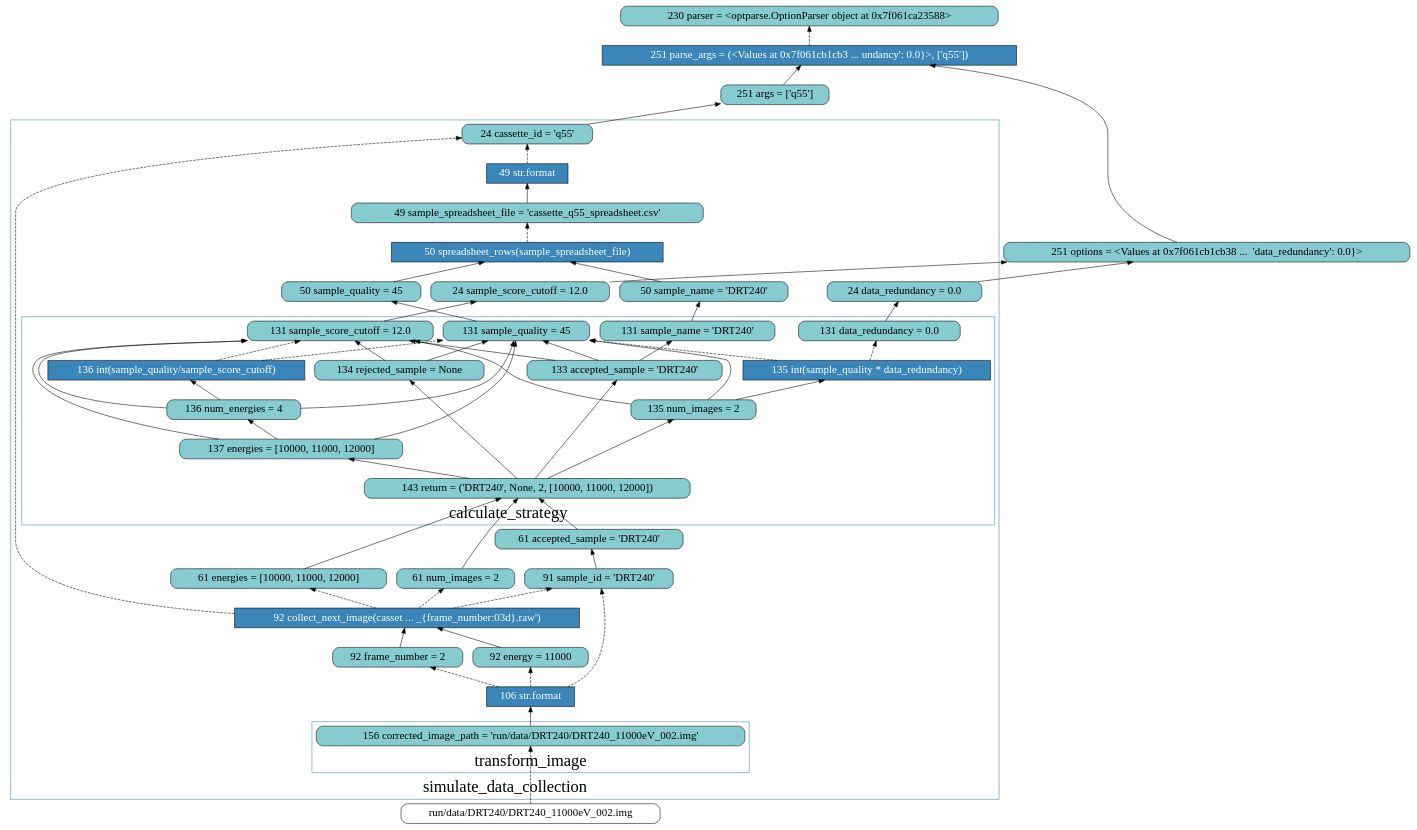
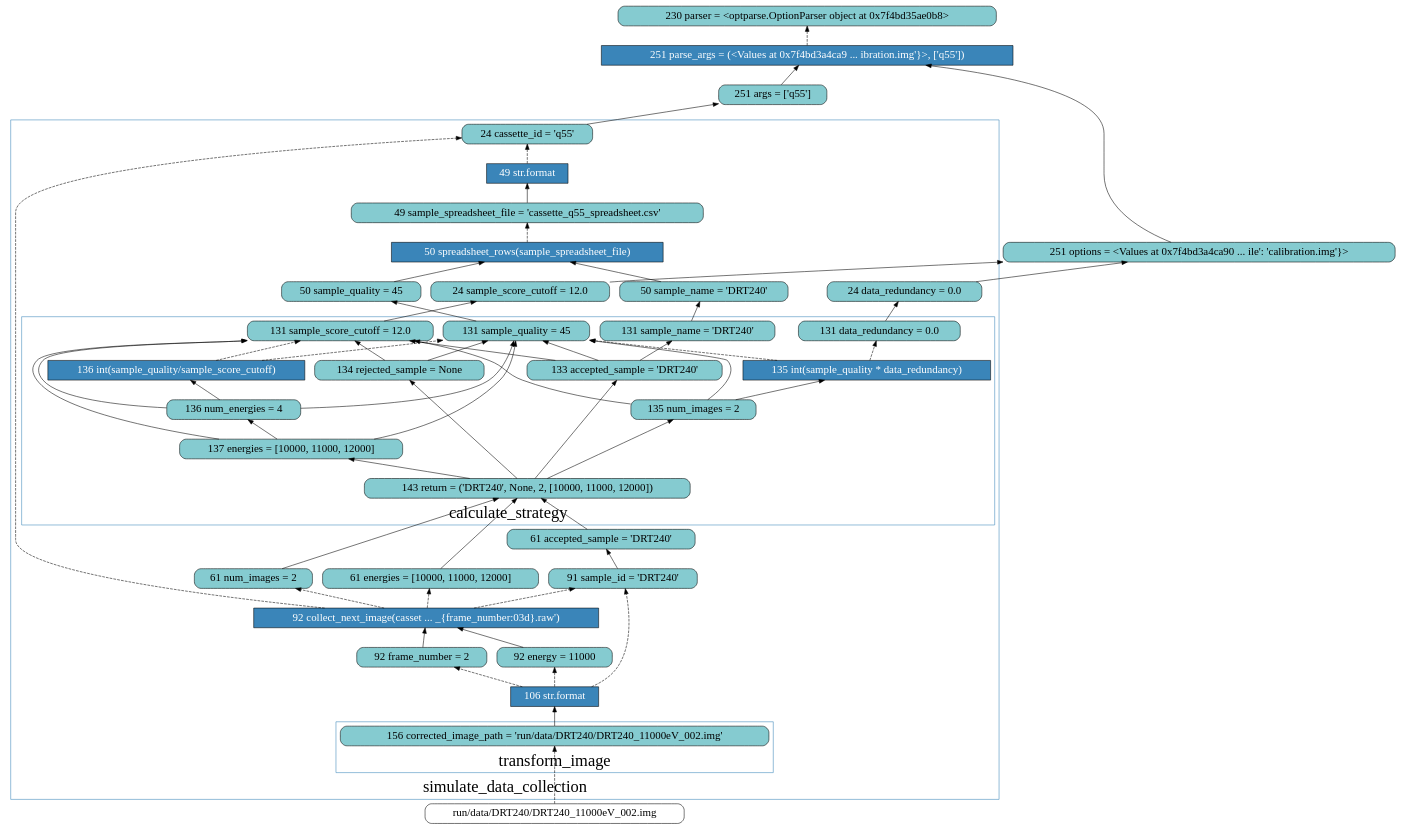
The diagram in examples/simulate_data_collection/nw_filtered_lineage_graph.gv (yesworkflow-org/yw-noworkflow), drawn with Graphviz before and after one commit. The commit also changed 26 other files, not shown here.

```diff
--- a/examples/simulate_data_collection/nw_filtered_lineage_graph.gv
+++ b/examples/simulate_data_collection/nw_filtered_lineage_graph.gv
@@ -21,10 +21,10 @@
             label = "new_image_file";
         }
     }
-    v_1_56 [label="230 parser = <optparse.OptionParser object at 0x7f061ca23588>" fillcolor="#85CBD0" fontcolor="black" shape="box" style="rounded,filled"];
-    v_1_72 [label="251 parse_args = (<Values at 0x7f061cb1cb3 ... undancy': 0.0}>, ['q55'])" fillcolor="#3A85B9" fontcolor="white" shape="box" style="filled"];
+    v_1_56 [label="230 parser = <optparse.OptionParser object at 0x7f4bd35ae0b8>" fillcolor="#85CBD0" fontcolor="black" shape="box" style="rounded,filled"];
+    v_1_72 [label="251 parse_args = (<Values at 0x7f4bd3a4ca9 ... ibration.img'}>, ['q55'])" fillcolor="#3A85B9" fontcolor="white" shape="box" style="filled"];
     v_1_73 [label="251 args = ['q55']" fillcolor="#85CBD0" fontcolor="black" shape="box" style="rounded,filled"];
-    v_1_74 [label="251 options = <Values at 0x7f061cb1cb38 ...  'data_redundancy': 0.0}>" fillcolor="#85CBD0" fontcolor="black" shape="box" style="rounded,filled"];
+    v_1_74 [label="251 options = <Values at 0x7f4bd3a4ca90 ... ile': 'calibration.img'}>" fillcolor="#85CBD0" fontcolor="black" shape="box" style="rounded,filled"];
     subgraph cluster_14  {
         color="#3A85B9";
         fontsize=30;
@@ -92,14 +92,14 @@
             v_75_369 [label="134 rejected_sample = None" fillcolor="#85CBD0" fontcolor="black" shape="box" style="rounded,filled"];
             v_75_370 [label="135 num_images = 2" fillcolor="#85CBD0" fontcolor="black" shape="box" style="rounded,filled"];
             v_75_371 [label="135 int(sample_quality * data_redundancy)" fillcolor="#3A85B9" fontcolor="white" shape="box" style="filled"];
-            v_75_373 [label="136 int(sample_quality/sample_score_cutoff)" fillcolor="#3A85B9" fontcolor="white" shape="box" style="filled"];
-            v_75_375 [label="136 num_energies = 4" fillcolor="#85CBD0" fontcolor="black" shape="box" style="rounded,filled"];
+            v_75_373 [label="136 num_energies = 4" fillcolor="#85CBD0" fontcolor="black" shape="box" style="rounded,filled"];
+            v_75_374 [label="136 int(sample_quality/sample_score_cutoff)" fillcolor="#3A85B9" fontcolor="white" shape="box" style="filled"];
             v_75_376 [label="137 energies = [10000, 11000, 12000]" fillcolor="#85CBD0" fontcolor="black" shape="box" style="rounded,filled"];
             v_75_377 [label="143 return = ('DRT240', None, 2, [10000, 11000, 12000])" fillcolor="#85CBD0" fontcolor="black" shape="box" style="rounded,filled"];
         }
-        v_14_379 [label="61 energies = [10000, 11000, 12000]" fillcolor="#85CBD0" fontcolor="black" shape="box" style="rounded,filled"];
-        v_14_380 [label="61 accepted_sample = 'DRT240'" fillcolor="#85CBD0" fontcolor="black" shape="box" style="rounded,filled"];
-        v_14_381 [label="61 num_images = 2" fillcolor="#85CBD0" fontcolor="black" shape="box" style="rounded,filled"];
+        v_14_379 [label="61 num_images = 2" fillcolor="#85CBD0" fontcolor="black" shape="box" style="rounded,filled"];
+        v_14_381 [label="61 energies = [10000, 11000, 12000]" fillcolor="#85CBD0" fontcolor="black" shape="box" style="rounded,filled"];
+        v_14_382 [label="61 accepted_sample = 'DRT240'" fillcolor="#85CBD0" fontcolor="black" shape="box" style="rounded,filled"];
         subgraph cluster_77  {
             color="#3A85B9";
             fontsize=30;
@@ -299,56 +299,56 @@
         }
     }
     a_23 [label="run/data/DRT240/DRT240_11000eV_002.img" fillcolor="white" fontcolor="black" shape="box" style="rounded,filled"];
-    v_75_375 -> v_75_373 [style=""];
-    v_14_381 -> v_75_377 [style=""];
-    v_75_375 -> v_75_364 [style=""];
-    v_75_371 -> v_75_366 [style="dashed"];
-    v_75_377 -> v_75_369 [style=""];
-    v_75_377 -> v_75_370 [style=""];
-    v_75_375 -> v_75_365 [style=""];
-    v_75_369 -> v_75_364 [style=""];
-    v_14_1512 -> v_14_453 [style=""];
-    v_75_368 -> v_75_364 [style=""];
-    v_14_1517 -> v_14_1512 [style="dashed"];
-    v_75_373 -> v_75_364 [style="dashed"];
-    v_14_453 -> v_14_417 [style="dashed"];
     v_75_377 -> v_75_376 [style=""];
     v_75_366 -> v_14_82 [style=""];
+    v_75_364 -> v_14_362 [style=""];
+    v_75_377 -> v_75_369 [style=""];
+    v_75_368 -> v_75_365 [style=""];
+    v_14_198 -> v_14_197 [style=""];
+    v_75_374 -> v_75_365 [style="dashed"];
+    v_75_370 -> v_75_365 [style=""];
+    v_14_81 -> v_1_74 [style=""];
+    v_14_82 -> v_1_74 [style=""];
+    v_75_363 -> v_14_361 [style=""];
+    v_75_377 -> v_75_368 [style=""];
+    v_14_1517 -> v_14_1511 [style="dashed"];
+    v_14_219 -> v_14_198 [style="dashed"];
+    v_75_370 -> v_75_364 [style=""];
+    v_75_374 -> v_75_364 [style="dashed"];
+    v_75_373 -> v_75_374 [style=""];
+    v_273_1519 -> v_14_1517 [style=""];
+    v_75_369 -> v_75_365 [style=""];
+    v_14_80 -> v_1_73 [style=""];
+    v_14_381 -> v_75_377 [style=""];
+    v_75_365 -> v_14_81 [style=""];
+    v_1_72 -> v_1_56 [style="dashed"];
+    v_1_73 -> v_1_72 [style=""];
+    v_14_453 -> v_14_80 [style="dashed"];
+    v_14_362 -> v_14_219 [style=""];
+    v_14_382 -> v_75_377 [style=""];
+    v_1_74 -> v_1_72 [style=""];
+    v_75_369 -> v_75_364 [style=""];
+    a_23 -> v_273_1519 [style="dashed"];
+    v_14_197 -> v_14_80 [style="dashed"];
+    v_75_371 -> v_75_366 [style="dashed"];
+    v_75_377 -> v_75_370 [style=""];
+    v_75_371 -> v_75_364 [style="dashed"];
+    v_75_376 -> v_75_364 [style=""];
+    v_75_376 -> v_75_365 [style=""];
+    v_14_1517 -> v_14_1512 [style="dashed"];
+    v_14_361 -> v_14_219 [style=""];
+    v_75_368 -> v_75_363 [style=""];
+    v_75_370 -> v_75_371 [style=""];
+    v_14_453 -> v_14_417 [style="dashed"];
+    v_75_373 -> v_75_365 [style=""];
+    v_75_373 -> v_75_364 [style=""];
     v_14_1517 -> v_14_417 [style="dashed"];
-    v_75_369 -> v_75_365 [style=""];
+    v_14_417 -> v_14_382 [style=""];
+    v_14_453 -> v_14_379 [style="dashed"];
     v_14_1511 -> v_14_453 [style=""];
-    v_14_380 -> v_75_377 [style=""];
-    v_75_377 -> v_75_368 [style=""];
-    v_75_363 -> v_14_361 [style=""];
-    v_75_376 -> v_75_365 [style=""];
-    v_14_219 -> v_14_198 [style="dashed"];
-    a_23 -> v_273_1519 [style="dashed"];
-    v_75_371 -> v_75_364 [style="dashed"];
-    v_14_362 -> v_14_219 [style=""];
-    v_14_198 -> v_14_197 [style=""];
-    v_14_82 -> v_1_74 [style=""];
-    v_75_376 -> v_75_375 [style=""];
     v_14_453 -> v_14_381 [style="dashed"];
-    v_1_72 -> v_1_56 [style="dashed"];
-    v_14_1517 -> v_14_1511 [style="dashed"];
-    v_1_73 -> v_1_72 [style=""];
-    v_14_80 -> v_1_73 [style=""];
-    v_75_364 -> v_14_362 [style=""];
-    v_75_368 -> v_75_365 [style=""];
-    v_14_197 -> v_14_80 [style="dashed"];
-    v_14_453 -> v_14_379 [style="dashed"];
-    v_75_373 -> v_75_365 [style="dashed"];
-    v_14_81 -> v_1_74 [style=""];
-    v_14_453 -> v_14_80 [style="dashed"];
-    v_1_74 -> v_1_72 [style=""];
-    v_75_370 -> v_75_365 [style=""];
-    v_75_368 -> v_75_363 [style=""];
-    v_14_417 -> v_14_380 [style=""];
-    v_75_370 -> v_75_364 [style=""];
-    v_75_370 -> v_75_371 [style=""];
     v_14_379 -> v_75_377 [style=""];
-    v_14_361 -> v_14_219 [style=""];
-    v_75_376 -> v_75_364 [style=""];
-    v_75_365 -> v_14_81 [style=""];
-    v_273_1519 -> v_14_1517 [style=""];
+    v_75_376 -> v_75_373 [style=""];
+    v_75_368 -> v_75_364 [style=""];
+    v_14_1512 -> v_14_453 [style=""];
 }
```
